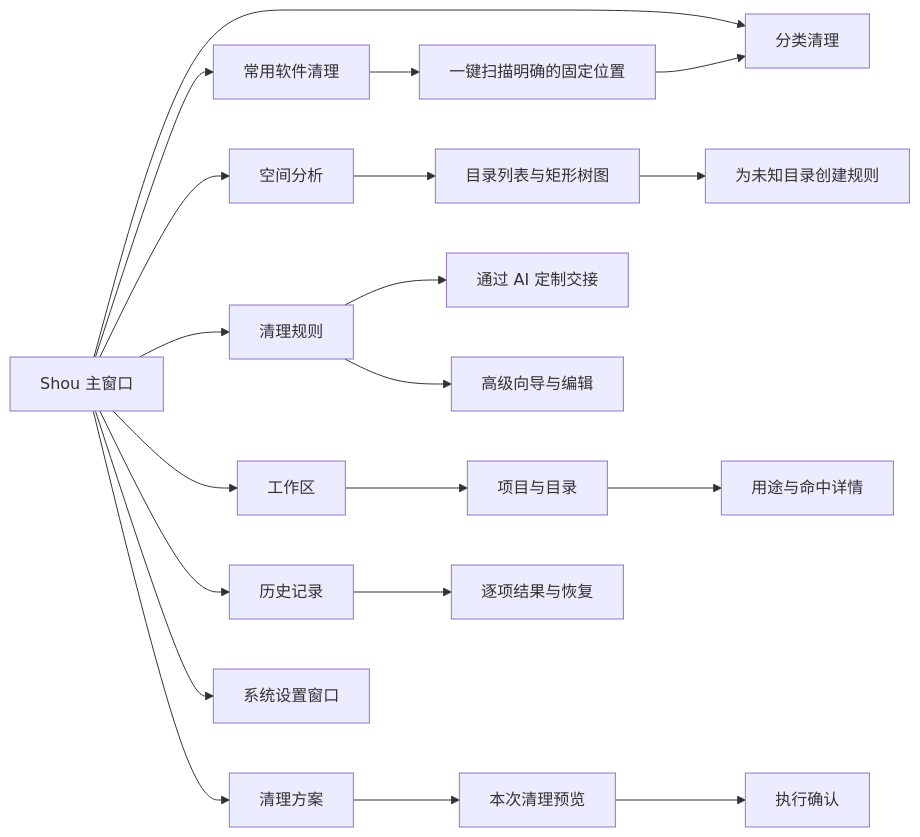
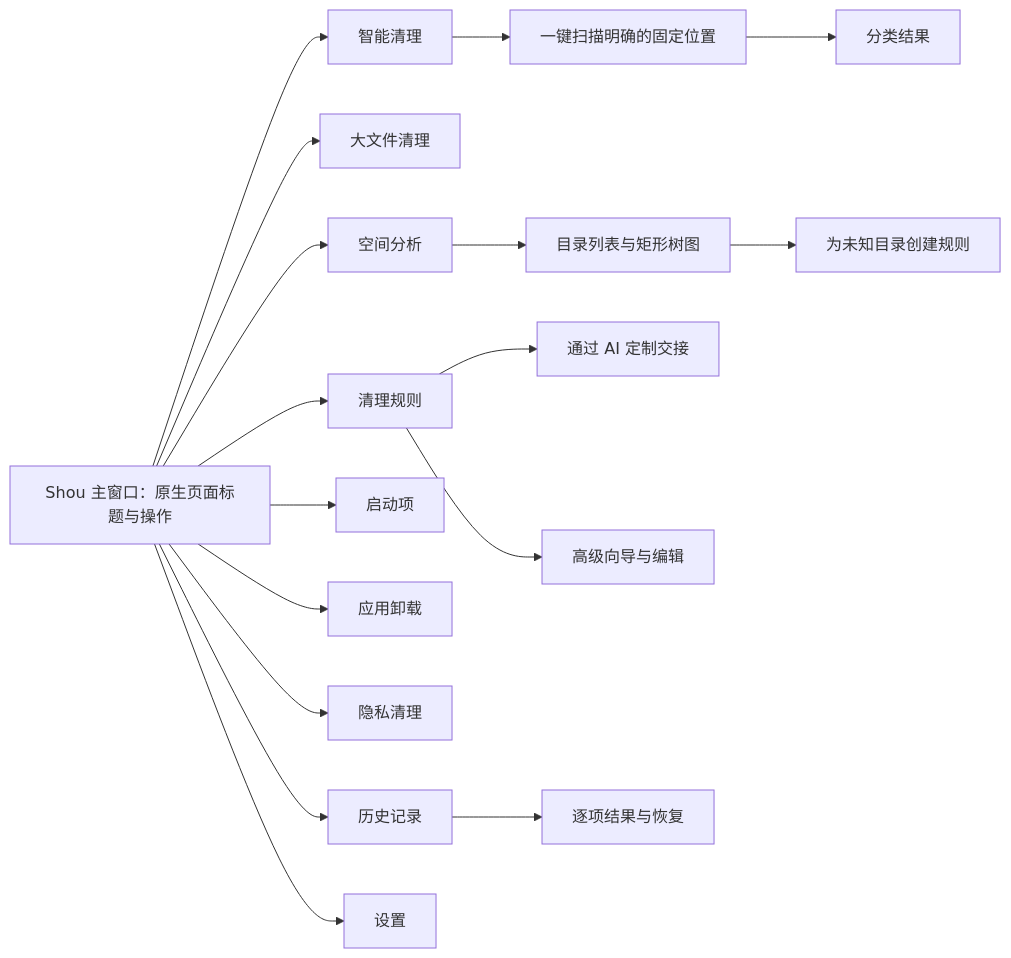
The first of 3 diagrams in docs/zh-CN/product/macos-experience.md (limecloud/shou), drawn with Mermaid before and after one commit. The commit also changed other lines of this file and 50 other files, not shown here.

````diff
--- a/docs/zh-CN/product/macos-experience.md
+++ b/docs/zh-CN/product/macos-experience.md
@@ -20,22 +20,19 @@
 ```mermaid
 flowchart LR
-    App[Shou 主窗口] --> Overview[分类清理]
-    App --> Common[常用软件清理]
+    App[Shou 主窗口：原生页面标题与操作] --> Common[智能清理]
     Common --> Inventory[一键扫描明确的固定位置]
-    Inventory --> Overview
+    Inventory --> Overview[分类结果]
+    App --> Large[大文件清理]
     App --> Analysis[空间分析]
     Analysis --> Browse[目录列表与矩形树图]
     Browse --> Draft[为未知目录创建规则]
-    App --> Workspaces[工作区]
     App --> Rules[清理规则]
-    App --> Plans[清理方案]
+    App --> Startup[启动项]
+    App --> Apps[应用卸载]
+    App --> Privacy[隐私清理]
     App --> History[历史记录]
-    Workspaces --> Projects[项目与目录]
-    Projects --> Inspector[用途与命中详情]
     Rules --> Agent[通过 AI 定制交接]
     Rules --> Editor[高级向导与编辑]
-    Plans --> Preview[本次清理预览]
-    Preview --> Confirmation[执行确认]
     History --> Receipt[逐项结果与恢复]
-    App --> Settings[系统设置窗口]
+    App --> Settings[设置]
 ```
````
